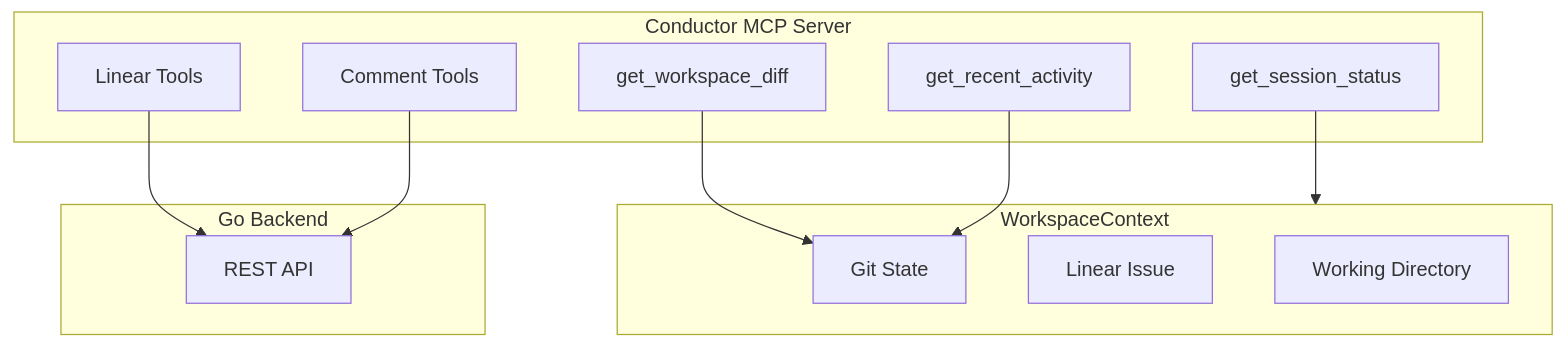
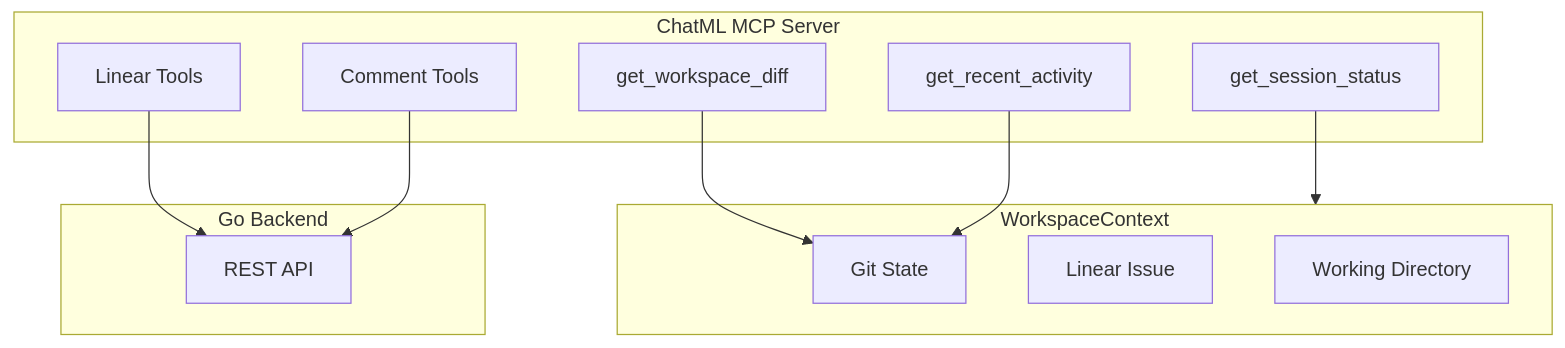
One commit to chatml/chatml changed the seventh of 10 diagrams in docs/session-management.md. Above: the diagram before and after it, drawn with Mermaid. The commit also changed other lines of this file and 6 other files, not shown here.

First line of the commit message:
refactor: rename conductor MCP server to chatml

````diff
--- a/docs/session-management.md
+++ b/docs/session-management.md
@@ -360,26 +360,26 @@
 ```mermaid
 flowchart TB
-    subgraph MCPServer["Conductor MCP Server"]
+    subgraph MCPServer["ChatML MCP Server"]
         GSS[get_session_status]
         GWD[get_workspace_diff]
         GRA[get_recent_activity]
         Linear[Linear Tools]
         Comments[Comment Tools]
     end
 
     subgraph Context["WorkspaceContext"]
         Git[Git State]
         Issue[Linear Issue]
         CWD[Working Directory]
     end
 
     subgraph Backend["Go Backend"]
         API[REST API]
     end
 
     GSS --> Context
     GWD --> Git
     GRA --> Git
     Linear --> API
     Comments --> API
 ```
````
